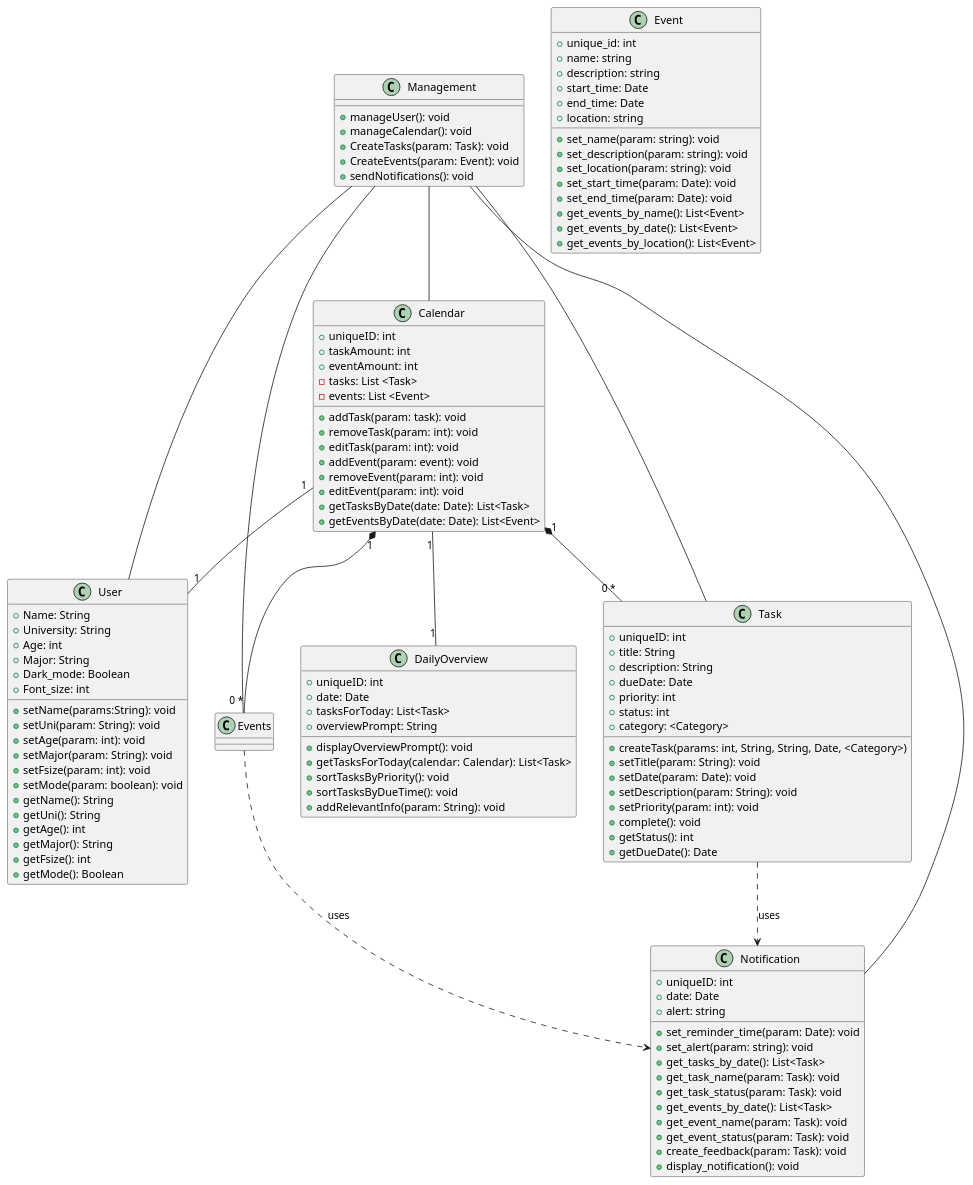
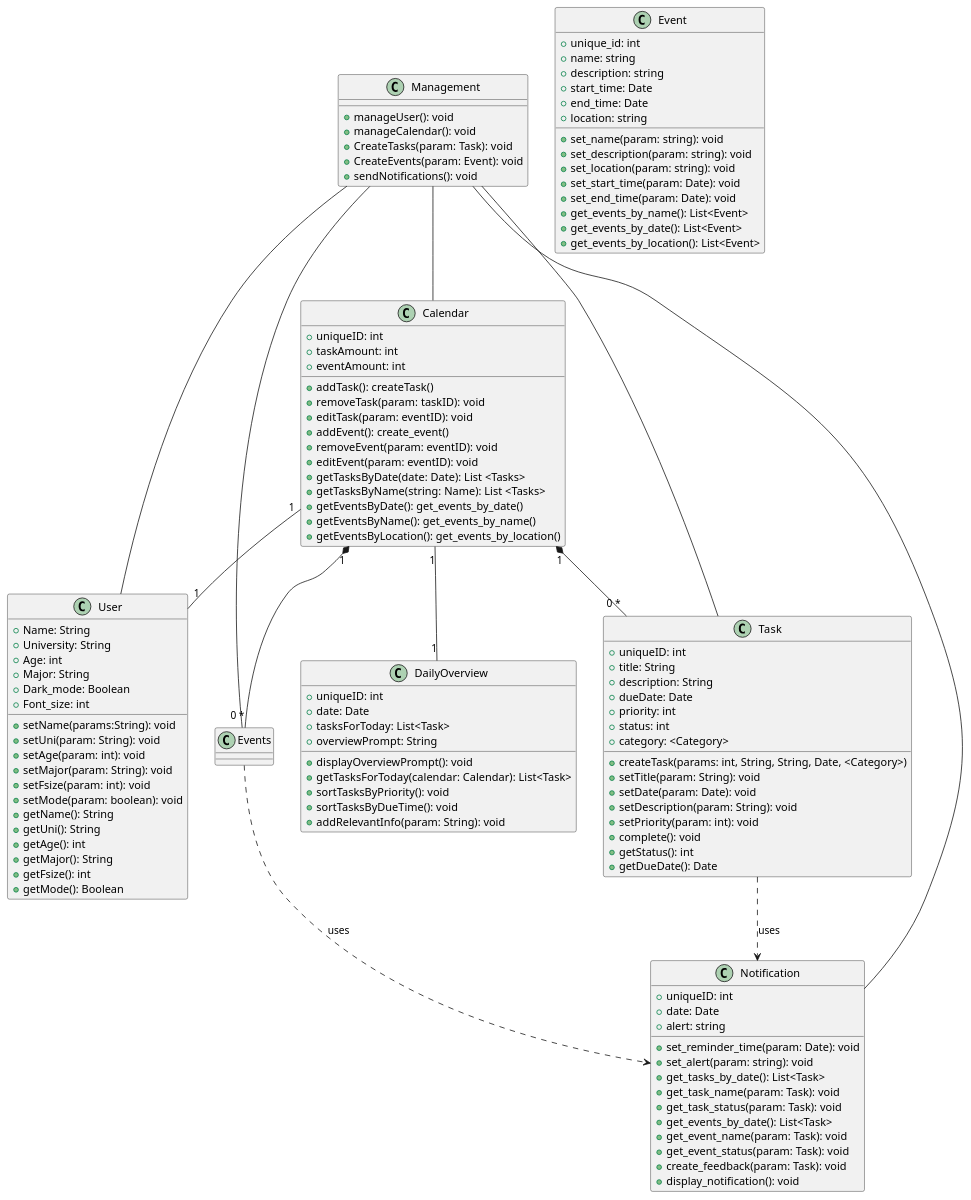
One commit to CS361-2024Fall-Term/Innovators changed the diagram in assignment6/Diagram.puml. Above: the diagram before and after it, drawn with PlantUML.

```diff
--- a/assignment6/Diagram.puml
+++ b/assignment6/Diagram.puml
@@ -1,128 +1,129 @@
 @startuml
 
 class User {
   +Name: String
   +University: String
   +Age: int
   +Major: String
   +Dark_mode: Boolean
   +Font_size: int
   +setName(params:String): void
   +setUni(param: String): void
   +setAge(param: int): void
   +setMajor(param: String): void
   +setFsize(param: int): void
   +setMode(param: boolean): void
   +getName(): String
   +getUni(): String
   +getAge(): int
   +getMajor(): String
   +getFsize(): int
   +getMode(): Boolean
  
 }
 
-class Calendar{
+class Calendar {
   +uniqueID: int  
   +taskAmount: int
   +eventAmount: int
-  -tasks: List <Task>
-  -events: List <Event>
-  +addTask(param: task): void
-  +removeTask(param: int): void
-  +editTask(param: int): void
-  +addEvent(param: event): void
-  +removeEvent(param: int): void
-  +editEvent(param: int): void
-  +getTasksByDate(date: Date): List<Task>
-  +getEventsByDate(date: Date): List<Event>
+  +addTask(): createTask()
+  +removeTask(param: taskID): void
+  +editTask(param: eventID): void
+  +addEvent(): create_event()
+  +removeEvent(param: eventID): void
+  +editEvent(param: eventID): void
+  +getTasksByDate(date: Date): List <Tasks>
+  +getTasksByName(string: Name): List <Tasks>
+  +getEventsByDate(): get_events_by_date()
+  +getEventsByName(): get_events_by_name()
+  +getEventsByLocation(): get_events_by_location()
 }
 
 class Task {
   +uniqueID: int
   +title: String
   +description: String
   +dueDate: Date
   +priority: int
   +status: int
   +category: <Category>
   +createTask(params: int, String, String, Date, <Category>)
   +setTitle(param: String): void
   +setDate(param: Date): void
   +setDescription(param: String): void
   +setPriority(param: int): void
   +complete(): void
   +getStatus(): int
   +getDueDate(): Date
 }
 
 class Notification {
   +uniqueID: int  
   +date: Date
   +alert: string
   
   +set_reminder_time(param: Date): void
   +set_alert(param: string): void
   +get_tasks_by_date(): List<Task>
   +get_task_name(param: Task): void
   +get_task_status(param: Task): void
   +get_events_by_date(): List<Task>
   +get_event_name(param: Task): void
   +get_event_status(param: Task): void
   +create_feedback(param: Task): void
   +display_notification(): void
 }
 
 class Event {
   +unique_id: int  
   +name: string
   +description: string
   +start_time: Date
   +end_time: Date
   +location: string
   +set_name(param: string): void
   +set_description(param: string): void
   +set_location(param: string): void
   +set_start_time(param: Date): void
   +set_end_time(param: Date): void
   +get_events_by_name(): List<Event>
   +get_events_by_date(): List<Event>
   +get_events_by_location(): List<Event>
 }
 
 class DailyOverview {
     +uniqueID: int
     +date: Date
     +tasksForToday: List<Task>
     +overviewPrompt: String
 
     +displayOverviewPrompt(): void
     +getTasksForToday(calendar: Calendar): List<Task>
     +sortTasksByPriority(): void
     +sortTasksByDueTime(): void
     +addRelevantInfo(param: String): void
 }
 
 class Management {
   +manageUser(): void
   +manageCalendar(): void
   +CreateTasks(param: Task): void
   +CreateEvents(param: Event): void
   +sendNotifications(): void
 }
 
 Management -- User
 Management -- Calendar
 Management -- Task
 Management -- Events
 Management -- Notification
 
 Calendar "1" -- "1" User
 Calendar "1" *-- "0 *" Task
 Calendar "1" *-- "0 *" Events
 Task ..> Notification: uses
 Events ..> Notification: uses
 Calendar "1" -- "1" DailyOverview
 
 
 @enduml
```
